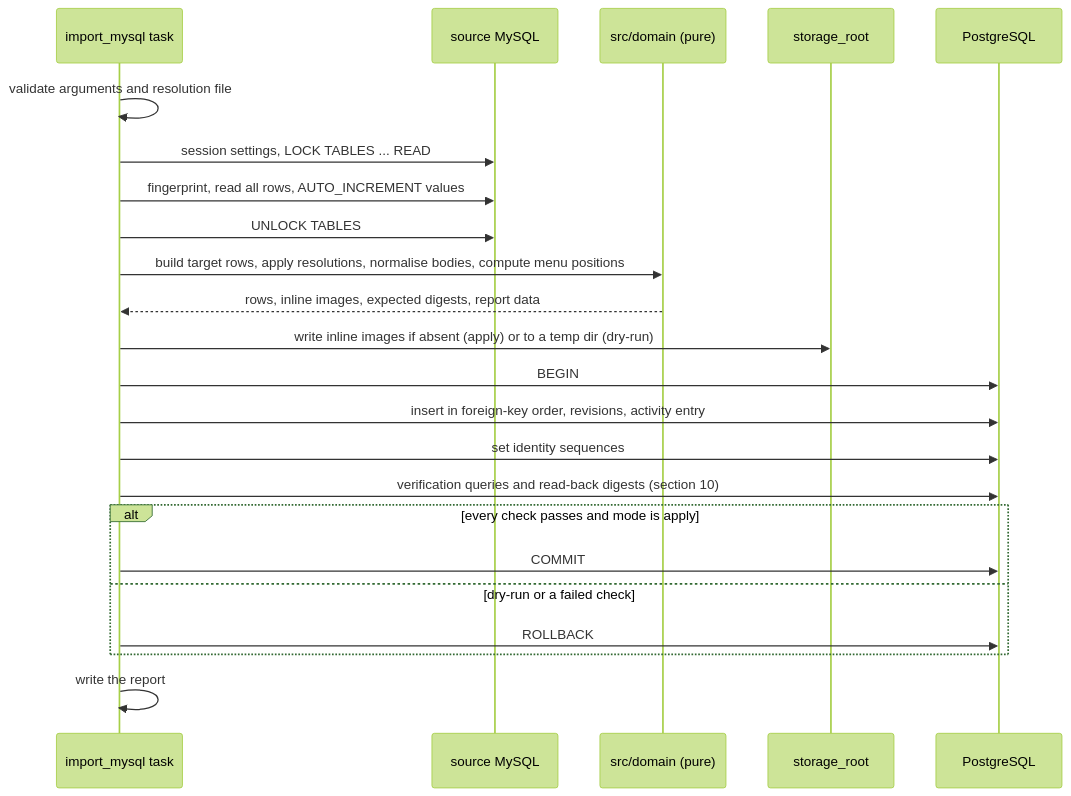
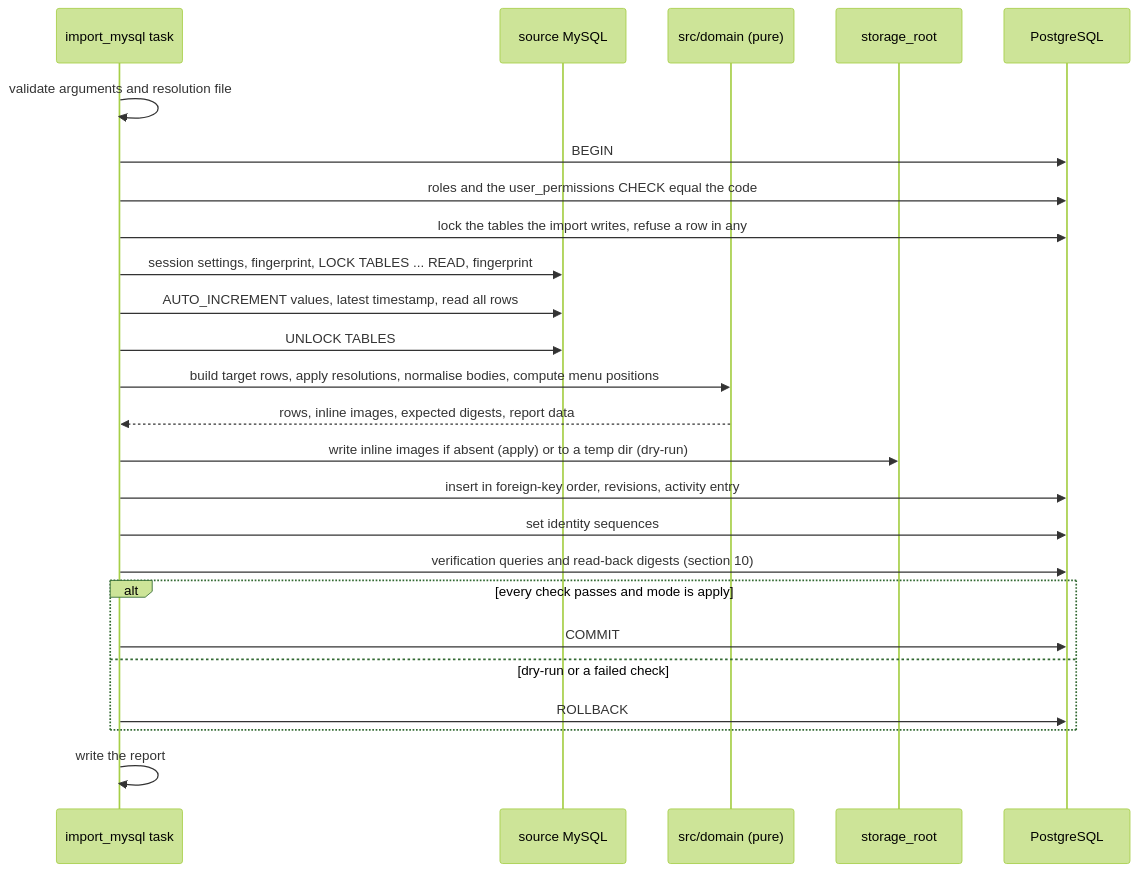
One commit to Verseghy/website_backend3 changed the second of 2 diagrams in docs/design/data-migration.md. Above: the diagram before and after it, drawn with Mermaid (forest theme). The commit also changed other lines of this file and 28 other files, not shown here.

````diff
--- a/docs/design/data-migration.md
+++ b/docs/design/data-migration.md
@@ -150,25 +152,27 @@
 ```mermaid
 sequenceDiagram
     participant T as import_mysql task
     participant S as source MySQL
     participant D as src/domain (pure)
     participant F as storage_root
     participant P as PostgreSQL
     T->>T: validate arguments and resolution file
-    T->>S: session settings, LOCK TABLES ... READ
-    T->>S: fingerprint, read all rows, AUTO_INCREMENT values
+    T->>P: BEGIN
+    T->>P: roles and the user_permissions CHECK equal the code
+    T->>P: lock the tables the import writes, refuse a row in any
+    T->>S: session settings, fingerprint, LOCK TABLES ... READ, fingerprint
+    T->>S: AUTO_INCREMENT values, latest timestamp, read all rows
     T->>S: UNLOCK TABLES
     T->>D: build target rows, apply resolutions, normalise bodies, compute menu positions
     D-->>T: rows, inline images, expected digests, report data
     T->>F: write inline images if absent (apply) or to a temp dir (dry-run)
-    T->>P: BEGIN
     T->>P: insert in foreign-key order, revisions, activity entry
     T->>P: set identity sequences
     T->>P: verification queries and read-back digests (section 10)
     alt every check passes and mode is apply
         T->>P: COMMIT
     else dry-run or a failed check
         T->>P: ROLLBACK
     end
     T->>T: write the report
 ```
````
